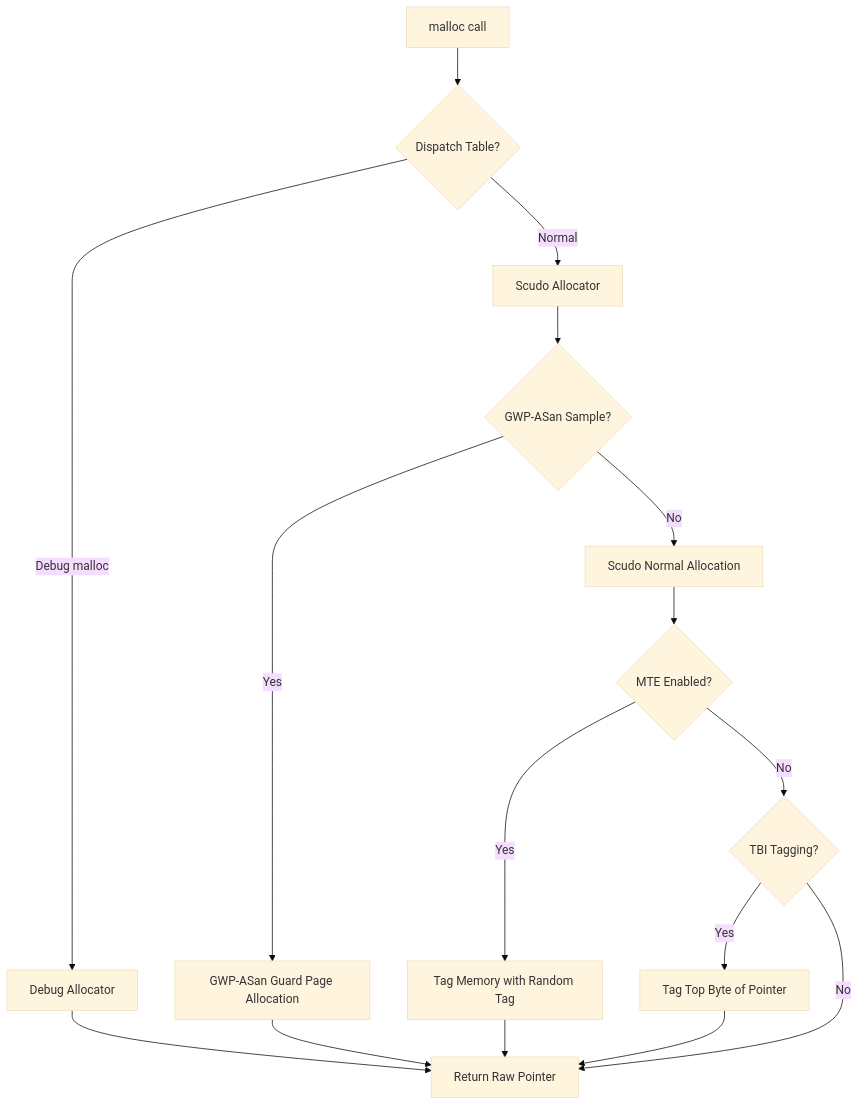
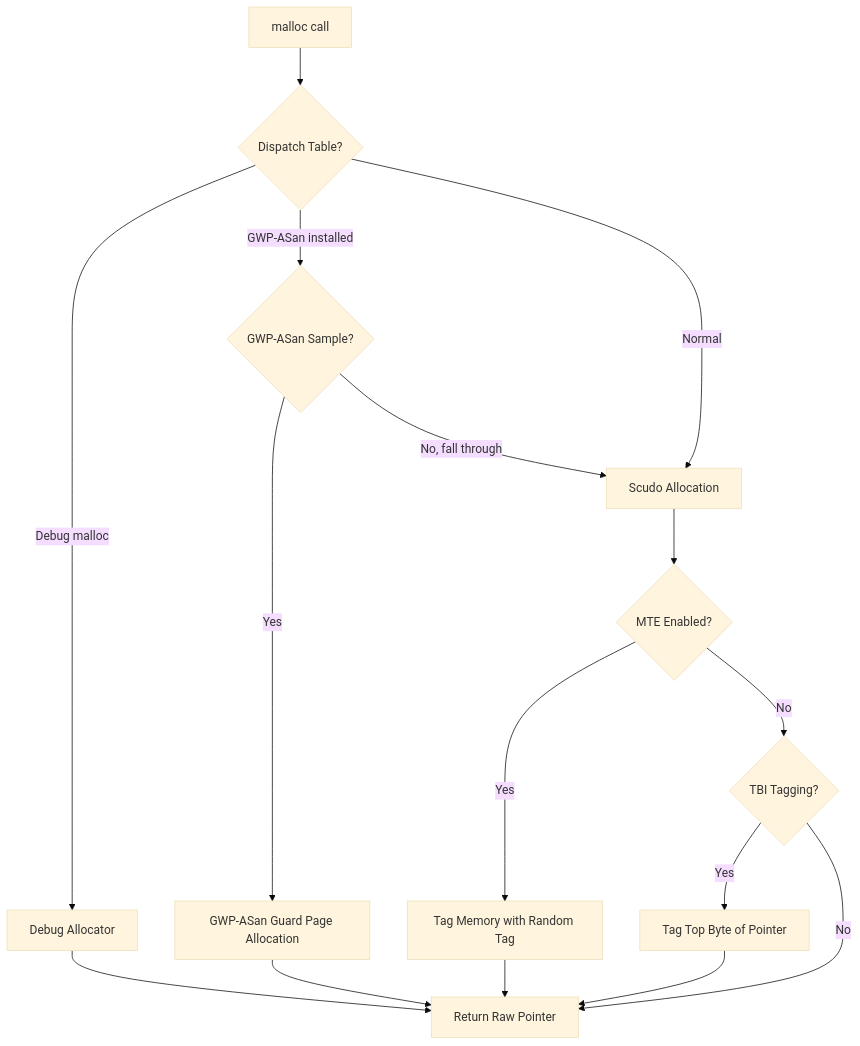
The second of 18 diagrams in 07-bionic-and-linker.md (aospbooks/aosp-internal-book), drawn with Mermaid (base theme) before and after one commit. The commit also changed other lines of this file and 218 other files, not shown here.

````diff
--- a/07-bionic-and-linker.md
+++ b/07-bionic-and-linker.md
@@ -507,18 +538,18 @@
 ```mermaid
 graph TD
     A[malloc call] --> B{Dispatch Table?}
     B -->|Debug malloc| C[Debug Allocator]
-    B -->|Normal| D[Scudo Allocator]
-    D --> E{GWP-ASan Sample?}
+    B -->|GWP-ASan installed| E{GWP-ASan Sample?}
+    B -->|Normal| G["Scudo Allocation"]
     E -->|Yes| F[GWP-ASan Guard Page Allocation]
-    E -->|No| G[Scudo Normal Allocation]
+    E -->|"No, fall through"| G
     G --> H{MTE Enabled?}
     H -->|Yes| I[Tag Memory with Random Tag]
     H -->|No| J{TBI Tagging?}
     J -->|Yes| K[Tag Top Byte of Pointer]
     J -->|No| L[Return Raw Pointer]
     I --> L
     K --> L
     F --> L
     C --> L
 ```
````
